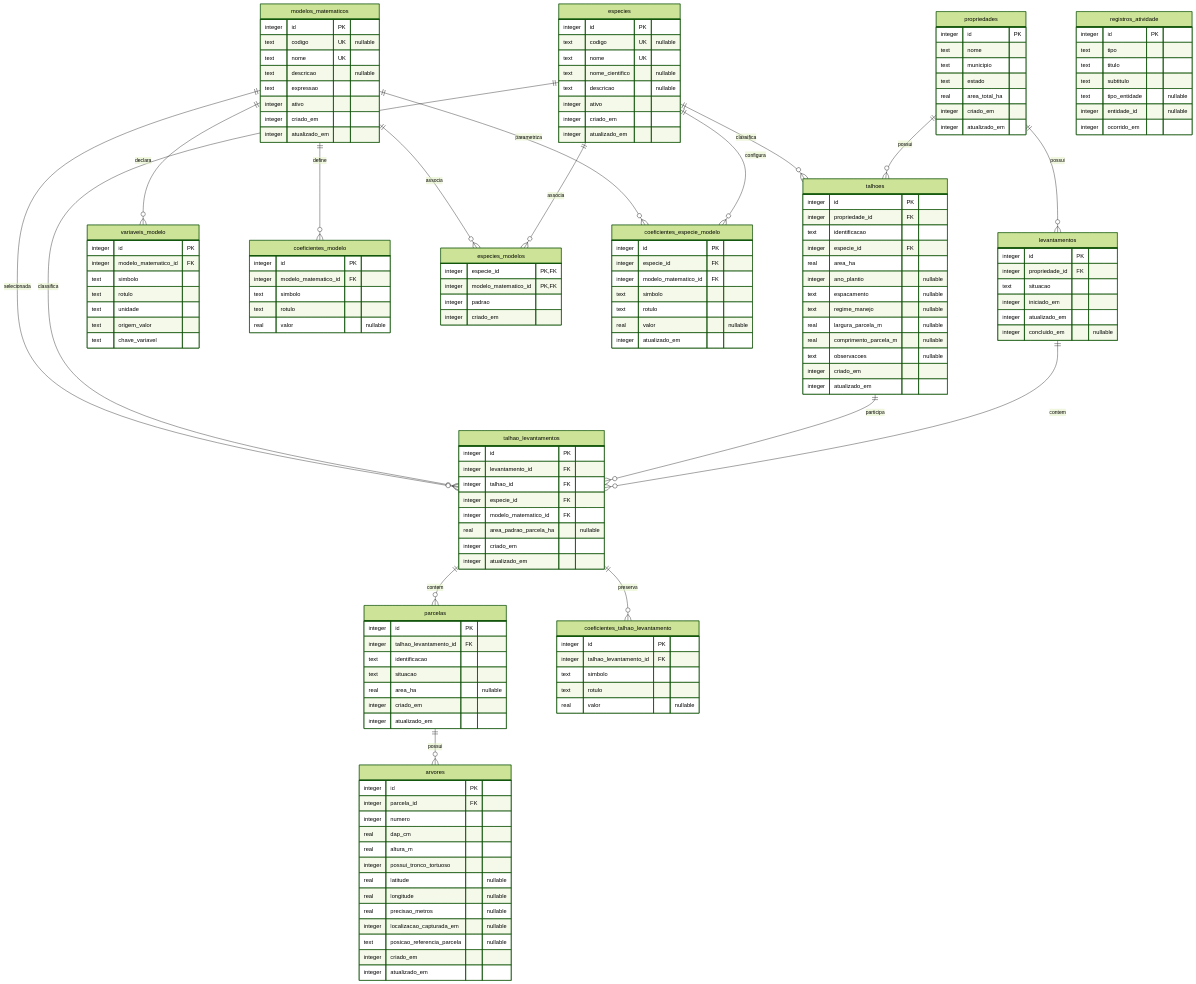
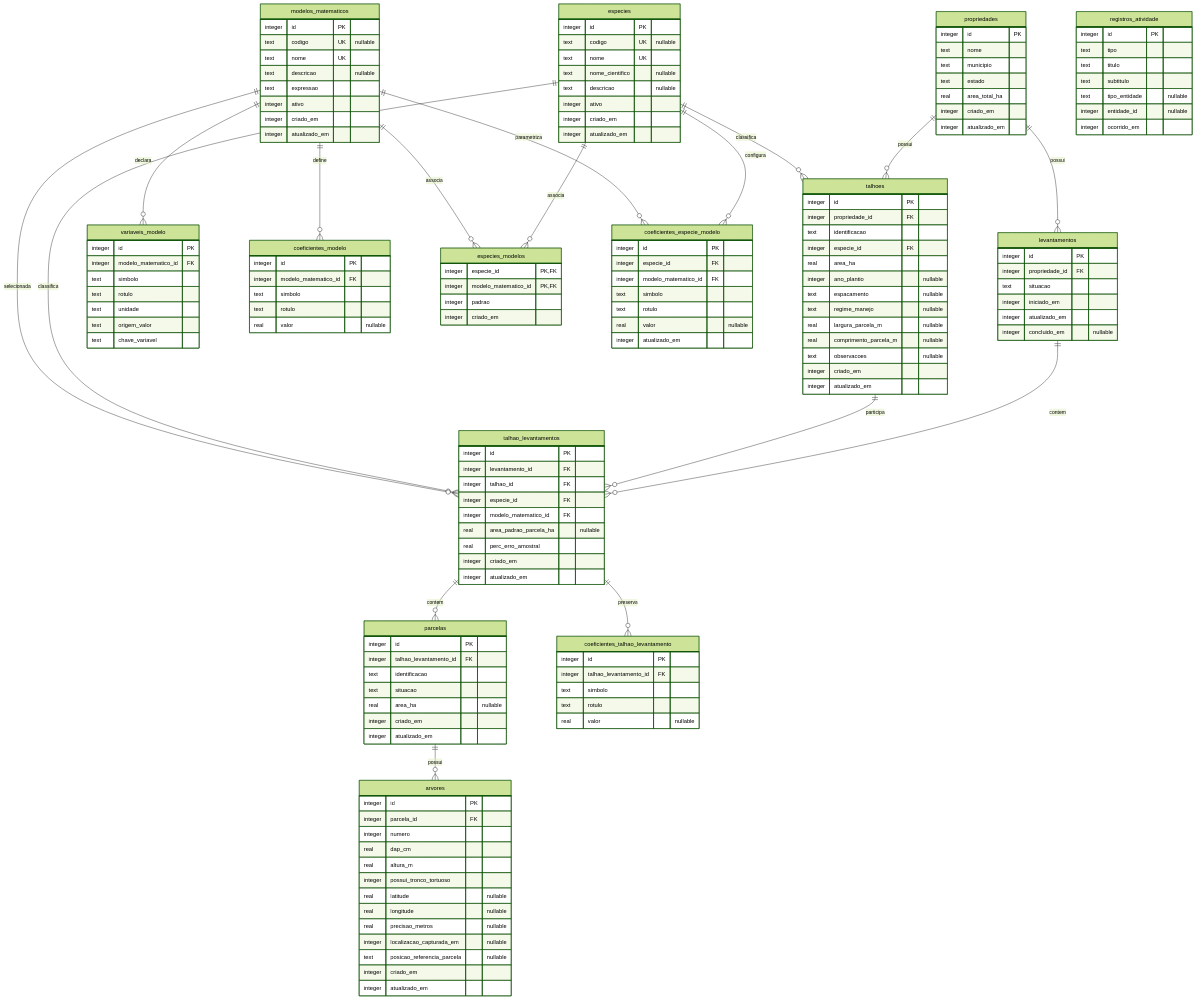
Before and after one commit to mateushernandes10-droid/dendro_mobile: the diagram in tcc_codex_context/docs/diagrams/04_banco_completo.mmd, drawn with Mermaid (forest theme). The commit also changed 25 other files, not shown here.

```diff
--- a/tcc_codex_context/docs/diagrams/04_banco_completo.mmd
+++ b/tcc_codex_context/docs/diagrams/04_banco_completo.mmd
@@ -1,150 +1,151 @@
 erDiagram
     propriedades ||--o{ talhoes : possui
     propriedades ||--o{ levantamentos : possui
     especies ||--o{ talhoes : classifica
     levantamentos ||--o{ talhao_levantamentos : contem
     talhoes ||--o{ talhao_levantamentos : participa
     especies ||--o{ talhao_levantamentos : classifica
     modelos_matematicos ||--o{ talhao_levantamentos : selecionada
     talhao_levantamentos ||--o{ parcelas : contem
     parcelas ||--o{ arvores : possui
     modelos_matematicos ||--o{ variaveis_modelo : declara
     modelos_matematicos ||--o{ coeficientes_modelo : define
     especies ||--o{ especies_modelos : associa
     modelos_matematicos ||--o{ especies_modelos : associa
     especies ||--o{ coeficientes_especie_modelo : configura
     modelos_matematicos ||--o{ coeficientes_especie_modelo : parametriza
     talhao_levantamentos ||--o{ coeficientes_talhao_levantamento : preserva
     propriedades {
         integer id PK
         text nome
         text municipio
         text estado
         real area_total_ha
         integer criado_em
         integer atualizado_em
     }
     especies {
         integer id PK
         text codigo UK "nullable"
         text nome UK
         text nome_cientifico "nullable"
         text descricao "nullable"
         integer ativo
         integer criado_em
         integer atualizado_em
     }
     modelos_matematicos {
         integer id PK
         text codigo UK "nullable"
         text nome UK
         text descricao "nullable"
         text expressao
         integer ativo
         integer criado_em
         integer atualizado_em
     }
     variaveis_modelo {
         integer id PK
         integer modelo_matematico_id FK
         text simbolo
         text rotulo
         text unidade
         text origem_valor
         text chave_variavel
     }
     coeficientes_modelo {
         integer id PK
         integer modelo_matematico_id FK
         text simbolo
         text rotulo
         real valor "nullable"
     }
     especies_modelos {
         integer especie_id PK,FK
         integer modelo_matematico_id PK,FK
         integer padrao
         integer criado_em
     }
     coeficientes_especie_modelo {
         integer id PK
         integer especie_id FK
         integer modelo_matematico_id FK
         text simbolo
         text rotulo
         real valor "nullable"
         integer atualizado_em
     }
     talhoes {
         integer id PK
         integer propriedade_id FK
         text identificacao
         integer especie_id FK
         real area_ha
         integer ano_plantio "nullable"
         text espacamento "nullable"
         text regime_manejo "nullable"
         real largura_parcela_m "nullable"
         real comprimento_parcela_m "nullable"
         text observacoes "nullable"
         integer criado_em
         integer atualizado_em
     }
     levantamentos {
         integer id PK
         integer propriedade_id FK
         text situacao
         integer iniciado_em
         integer atualizado_em
         integer concluido_em "nullable"
     }
     talhao_levantamentos {
         integer id PK
         integer levantamento_id FK
         integer talhao_id FK
         integer especie_id FK
         integer modelo_matematico_id FK
         real area_padrao_parcela_ha "nullable"
+        real perc_erro_amostral
         integer criado_em
         integer atualizado_em
     }
     coeficientes_talhao_levantamento {
         integer id PK
         integer talhao_levantamento_id FK
         text simbolo
         text rotulo
         real valor "nullable"
     }
     parcelas {
         integer id PK
         integer talhao_levantamento_id FK
         text identificacao
         text situacao
         real area_ha "nullable"
         integer criado_em
         integer atualizado_em
     }
     arvores {
         integer id PK
         integer parcela_id FK
         integer numero
         real dap_cm
         real altura_m
         integer possui_tronco_tortuoso
         real latitude "nullable"
         real longitude "nullable"
         real precisao_metros "nullable"
         integer localizacao_capturada_em "nullable"
         text posicao_referencia_parcela "nullable"
         integer criado_em
         integer atualizado_em
     }
     registros_atividade {
         integer id PK
         text tipo
         text titulo
         text subtitulo
         text tipo_entidade "nullable"
         integer entidade_id "nullable"
         integer ocorrido_em
     }
```
